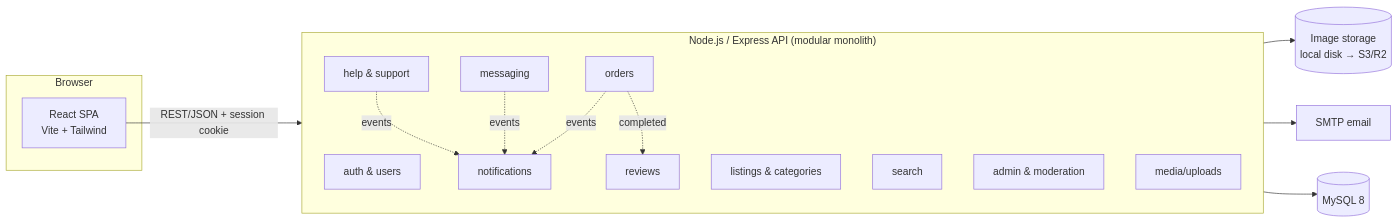
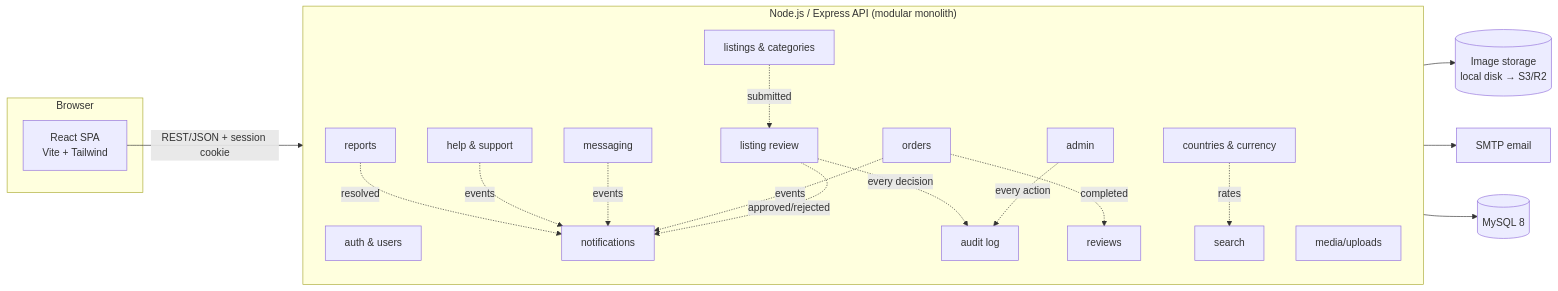
One commit to jaysOn921/Marketplace changed the first of 2 diagrams in PLAN.md. Above: the diagram before and after it, drawn with Mermaid. The commit also changed other lines of this file, not shown here.

First line of the commit message:
Plan: TZed cross-border TZ/ZM marketplace with listing approval

````diff
--- a/PLAN.md
+++ b/PLAN.md
@@ -53,31 +82,41 @@
 ```mermaid
 flowchart LR
   subgraph Browser
     WEB[React SPA<br/>Vite + Tailwind]
   end
   subgraph Server["Node.js / Express API (modular monolith)"]
     direction TB
     AUTH[auth & users]
+    GEO[countries & currency]
     LIST[listings & categories]
+    MOD[listing review]
     SRCH[search]
     ORD[orders]
     MSG[messaging]
     REV[reviews]
     NOTIF[notifications]
     SUP[help & support]
-    ADM[admin & moderation]
+    RPT[reports]
+    ADM[admin]
+    AUD[audit log]
     MEDIA[media/uploads]
   end
   DB[(MySQL 8)]
   FS[(Image storage<br/>local disk → S3/R2)]
   MAIL[SMTP email]
 
   WEB -- "REST/JSON + session cookie" --> Server
   Server --> DB
   MEDIA --> FS
   NOTIF --> MAIL
+  LIST -. submitted .-> MOD
+  MOD -. approved/rejected .-> NOTIF
   ORD -. events .-> NOTIF
   MSG -. events .-> NOTIF
   SUP -. events .-> NOTIF
+  RPT -. resolved .-> NOTIF
+  ADM -. every action .-> AUD
+  MOD -. every decision .-> AUD
   ORD -. completed .-> REV
+  GEO -. rates .-> SRCH
 ```
````
